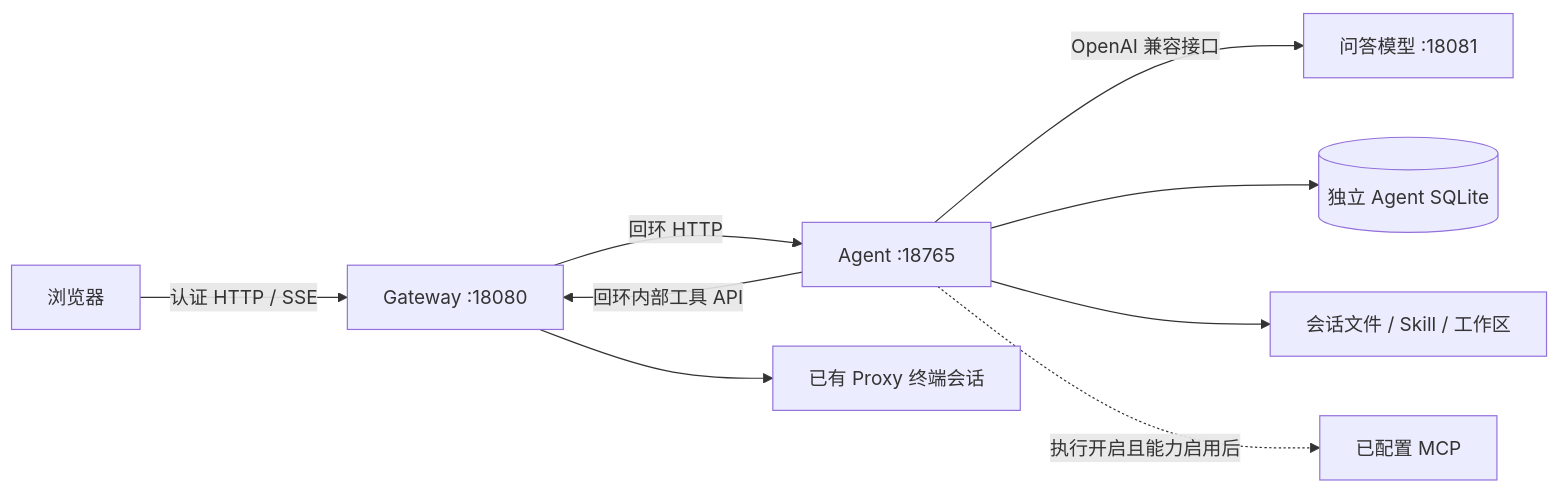
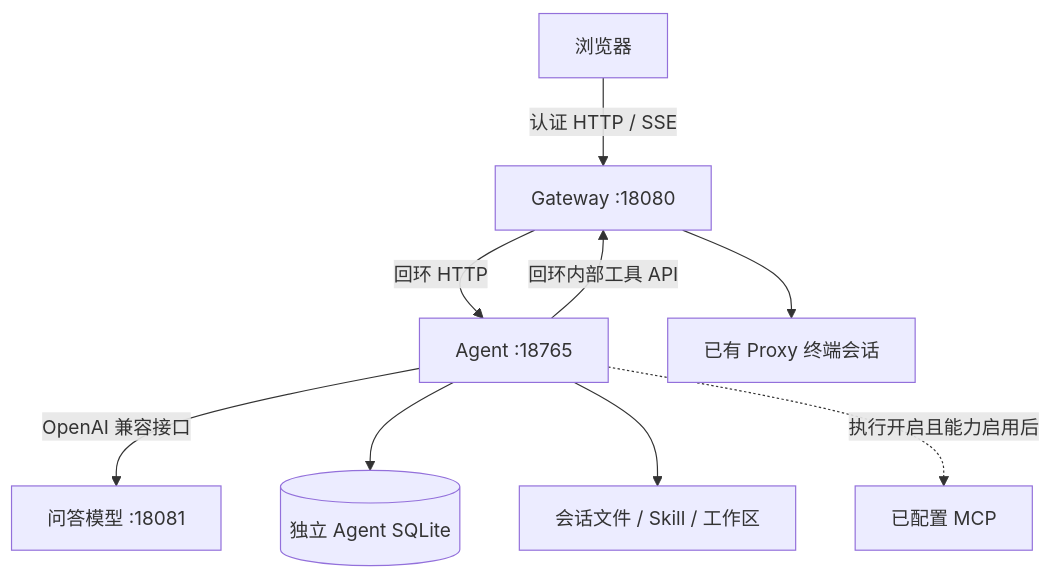
One commit to Motannier/auditbox changed the diagram in agent/docs/ARCHITECTURE.md. Above: the diagram before and after it, drawn with Mermaid. The commit also changed other lines of this file and 18 other files, not shown here.

Commit message:
docs:完善配套文档并更新系统架构图

````diff
--- a/agent/docs/ARCHITECTURE.md
+++ b/agent/docs/ARCHITECTURE.md
@@ -5,11 +5,11 @@
 ```mermaid
-flowchart LR
+flowchart TB
     Browser["浏览器"] -->|认证 HTTP / SSE| Gateway["Gateway :18080"]
     Gateway -->|回环 HTTP| Agent["Agent :18765"]
     Agent -->|OpenAI 兼容接口| Model["问答模型 :18081"]
     Agent -->|回环内部工具 API| Gateway
     Gateway --> Proxy["已有 Proxy 终端会话"]
     Agent --> DB[("独立 Agent SQLite")]
     Agent --> Files["会话文件 / Skill / 工作区"]
     Agent -.->|执行开启且能力启用后| MCP["已配置 MCP"]
 ```
````
